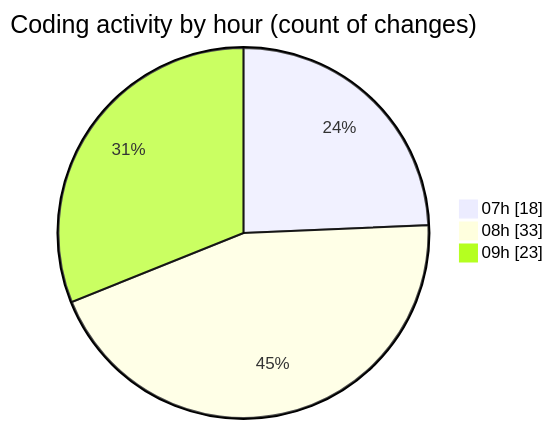
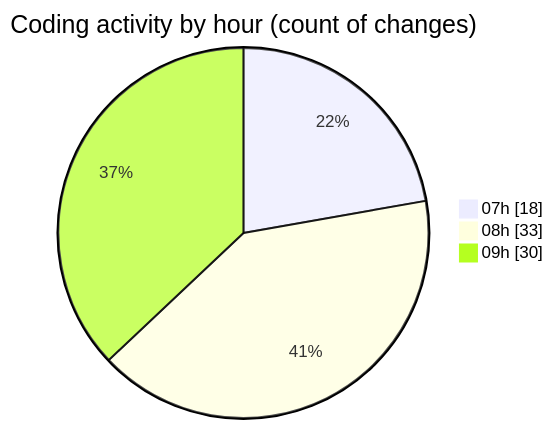
One commit to robertbonfada/code-tracking changed the second of 2 diagrams in 2025-02-03/mbc-web/README.md. Above: the diagram before and after it, drawn with Mermaid. The commit also changed other lines of this file and 1 other file, not shown here.

````diff
--- a/2025-02-03/mbc-web/README.md
+++ b/2025-02-03/mbc-web/README.md
@@ -42,7 +43,7 @@
 ```mermaid
 pie showData
 title Coding activity by hour (count of changes)
 "07h" : 18
 "08h" : 33
-"09h" : 23
+"09h" : 30
 ```
````
